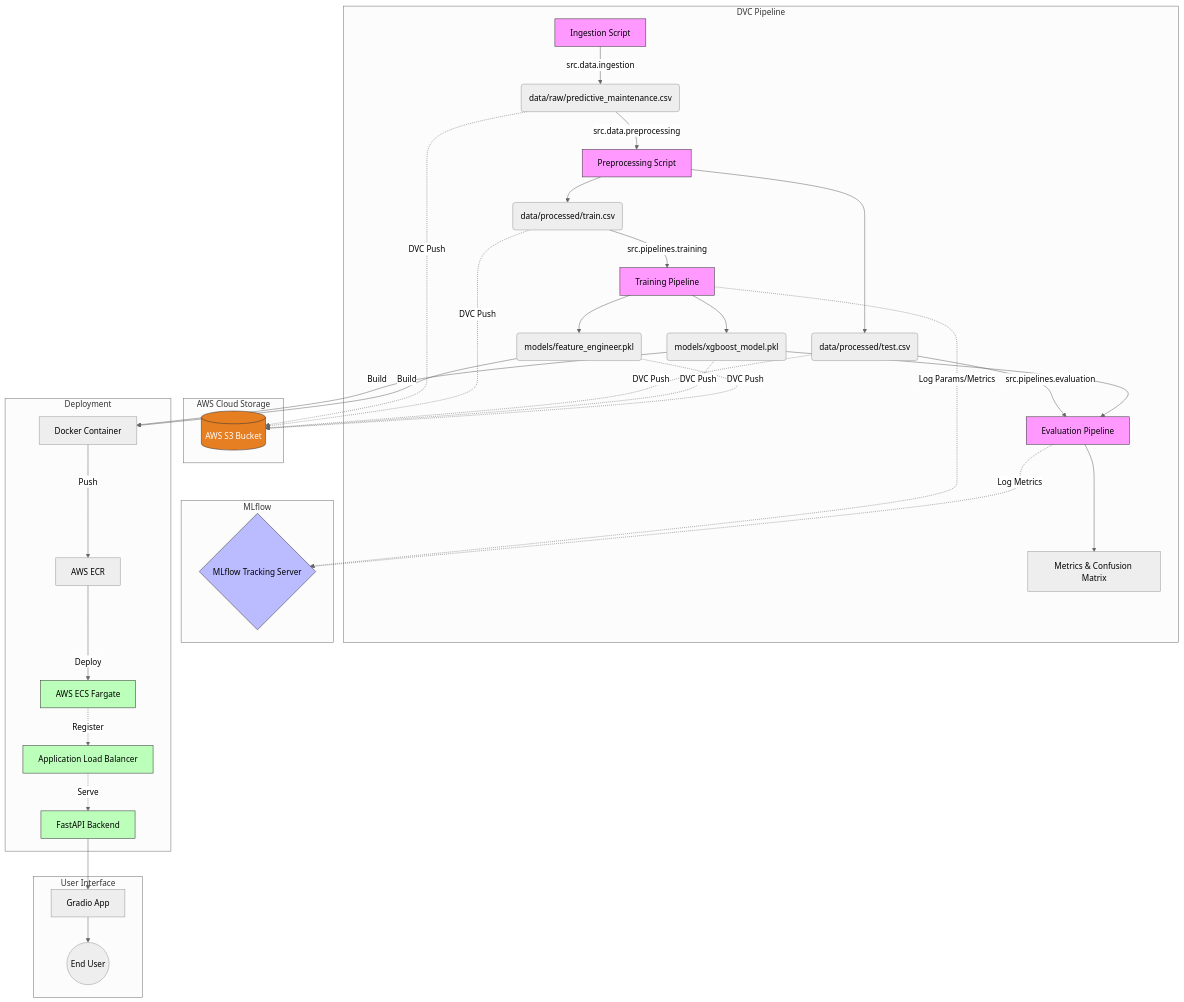
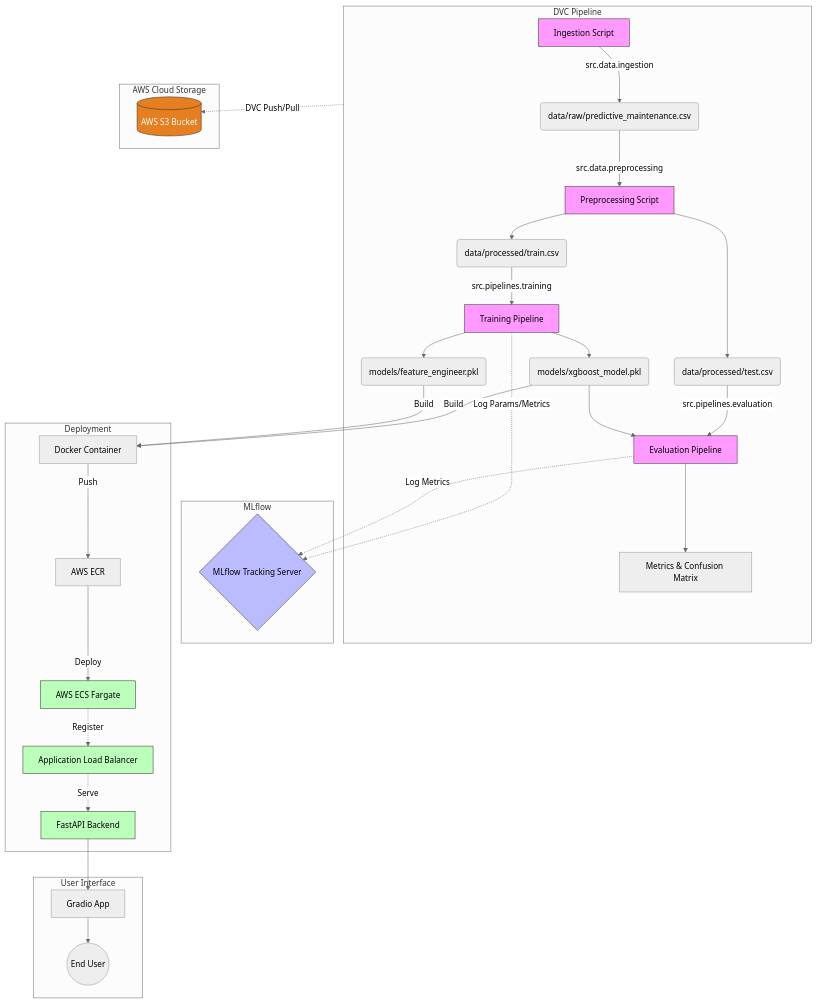
Before and after one commit to aymanz12/predictive-maintenance: the diagram in README.md, drawn with Mermaid (neutral theme).

````diff
--- a/README.md
+++ b/README.md
@@ -9,55 +9,51 @@
 ```mermaid
 graph TD
-    subgraph DVC Pipeline
+    subgraph DP [DVC Pipeline]
         A[Ingestion Script] -->|src.data.ingestion| B(data/raw/predictive_maintenance.csv)
         B -->|src.data.preprocessing| C[Preprocessing Script]
         C --> D(data/processed/train.csv)
         C --> E(data/processed/test.csv)
         D -->|src.pipelines.training| F[Training Pipeline]
         F --> G(models/xgboost_model.pkl)
         F --> H(models/feature_engineer.pkl)
         E -->|src.pipelines.evaluation| I[Evaluation Pipeline]
         G --> I
         I --> J[Metrics & Confusion Matrix]
     end
 
     subgraph AWS Cloud Storage
         S3[(AWS S3 Bucket)]
     end
 
     %% DVC Sync
-    B -.->|DVC Push| S3
-    D -.->|DVC Push| S3
-    E -.->|DVC Push| S3
-    G -.->|DVC Push| S3
-    H -.->|DVC Push| S3
+    DP -.->|DVC Push/Pull| S3
 
     subgraph MLflow
         F -.->|Log Params/Metrics| K{MLflow Tracking Server}
         I -.->|Log Metrics| K
     end
 
     subgraph Deployment
         G -->|Build| L[Docker Container]
         H -->|Build| L
         L -->|Push| M[AWS ECR]
         M -->|Deploy| N[AWS ECS Fargate]
         N -.->|Register| LB[Application Load Balancer]
         LB -.->|Serve| Q[FastAPI Backend]
     end
 
     subgraph User Interface
         Q --> O[Gradio App]
         O --> P((End User))
     end
 
     style A fill:#f9f,stroke:#333
     style C fill:#f9f,stroke:#333
     style S3 fill:#E67E22,stroke:#333,color:white
     style F fill:#f9f,stroke:#333
     style I fill:#f9f,stroke:#333
     style K fill:#bbf,stroke:#333
     style N fill:#bfb,stroke:#333
     style LB fill:#bfb,stroke:#333
     style Q fill:#bfb,stroke:#333
 ```
````
